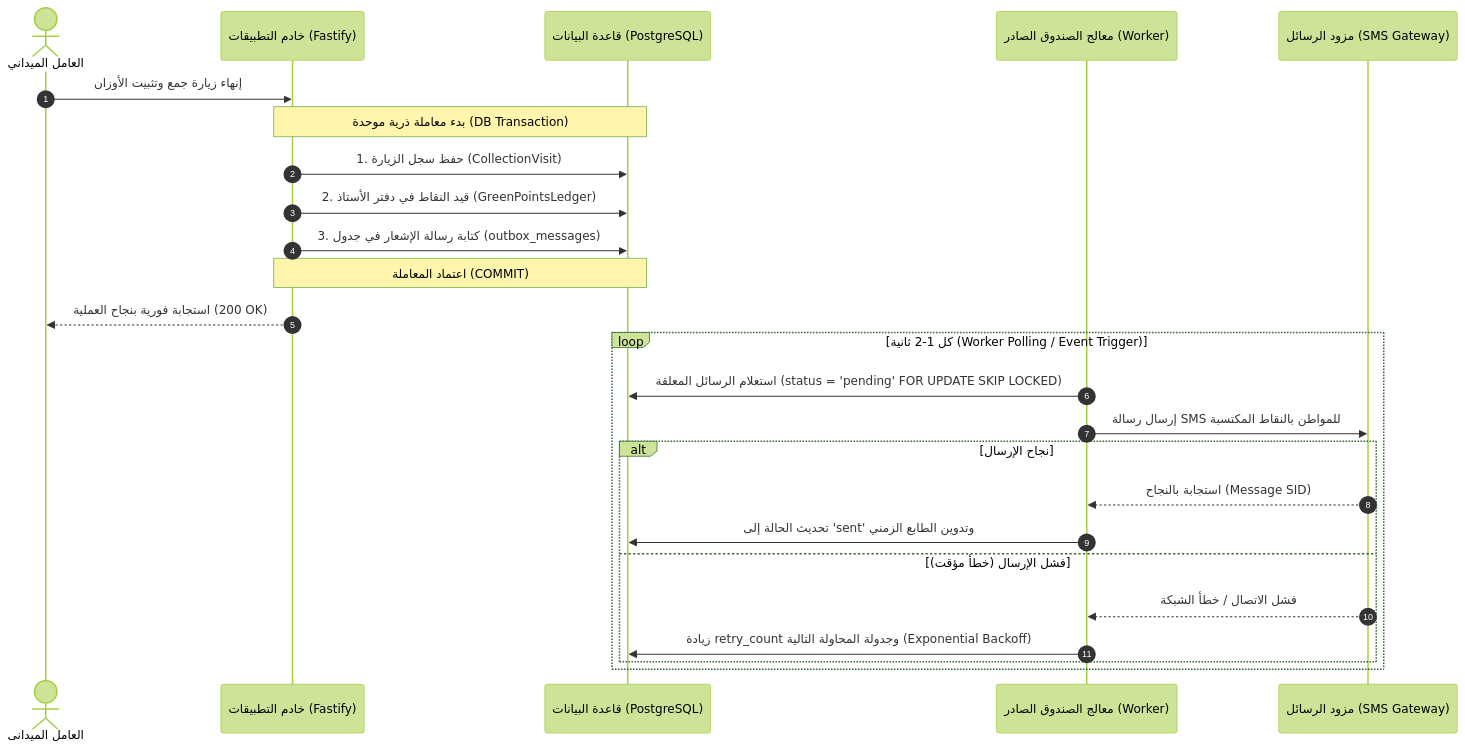
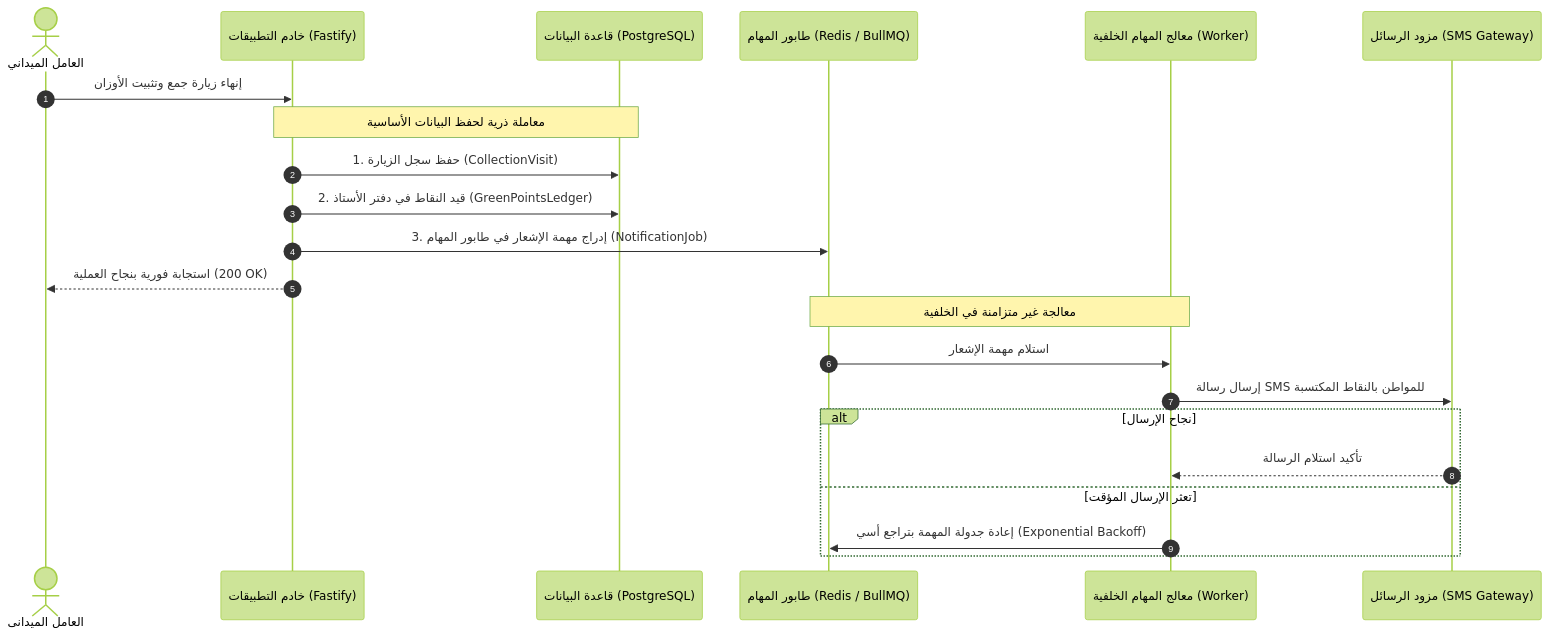
One commit to A-S-Y/Athar changed the fourth of 5 diagrams in docs/01-architecture/system-overview.md. Above: the diagram before and after it, drawn with Mermaid (forest theme). The commit also changed other lines of this file and 27 other files, not shown here.

````diff
--- a/docs/01-architecture/system-overview.md
+++ b/docs/01-architecture/system-overview.md
@@ -177,29 +177,26 @@
 ```mermaid
 sequenceDiagram
     autonumber
     actor Worker as العامل الميداني
     participant API as خادم التطبيقات (Fastify)
     participant DB as قاعدة البيانات (PostgreSQL)
-    participant OutboxWorker as معالج الصندوق الصادر (Worker)
+    participant Queue as طابور المهام (Redis / BullMQ)
+    participant JobWorker as معالج المهام الخلفية (Worker)
     participant SMS as مزود الرسائل (SMS Gateway)
 
     Worker->>API: إنهاء زيارة جمع وتثبيت الأوزان
-    Note over API,DB: بدء معاملة ذرية موحدة (DB Transaction)
+    Note over API,DB: معاملة ذرية لحفظ البيانات الأساسية
     API->>DB: 1. حفظ سجل الزيارة (CollectionVisit)
     API->>DB: 2. قيد النقاط في دفتر الأستاذ (GreenPointsLedger)
-    API->>DB: 3. كتابة رسالة الإشعار في جدول (outbox_messages)
-    Note over API,DB: اعتماد المعاملة (COMMIT)
+    API->>Queue: 3. إدراج مهمة الإشعار في طابور المهام (NotificationJob)
     API-->>Worker: استجابة فورية بنجاح العملية (200 OK)
 
-    loop كل 1-2 ثانية (Worker Polling / Event Trigger)
-        OutboxWorker->>DB: استعلام الرسائل المعلقة (status = 'pending' FOR UPDATE SKIP LOCKED)
-        OutboxWorker->>SMS: إرسال رسالة SMS للمواطن بالنقاط المكتسبة
-        alt نجاح الإرسال
-            SMS-->>OutboxWorker: استجابة بالنجاح (Message SID)
-            OutboxWorker->>DB: تحديث الحالة إلى 'sent' وتدوين الطابع الزمني
-        else فشل الإرسال (خطأ مؤقت)
-            SMS-->>OutboxWorker: فشل الاتصال / خطأ الشبكة
-            OutboxWorker->>DB: زيادة retry_count وجدولة المحاولة التالية (Exponential Backoff)
-        end
+    Note over Queue,JobWorker: معالجة غير متزامنة في الخلفية
+    Queue->>JobWorker: استلام مهمة الإشعار
+    JobWorker->>SMS: إرسال رسالة SMS للمواطن بالنقاط المكتسبة
+    alt نجاح الإرسال
+        SMS-->>JobWorker: تأكيد استلام الرسالة
+    else تعثر الإرسال المؤقت
+        JobWorker->>Queue: إعادة جدولة المهمة بتراجع أسي (Exponential Backoff)
     end
 ```
````
